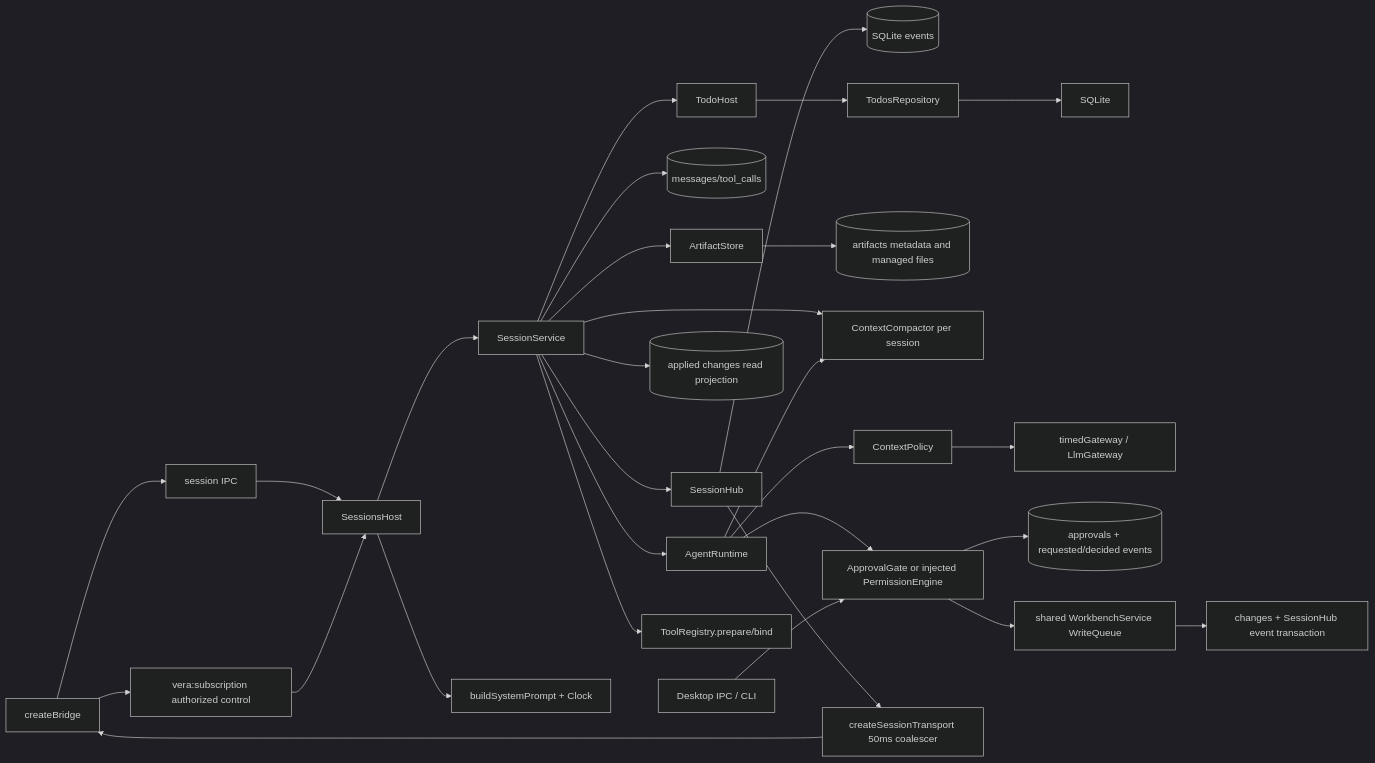
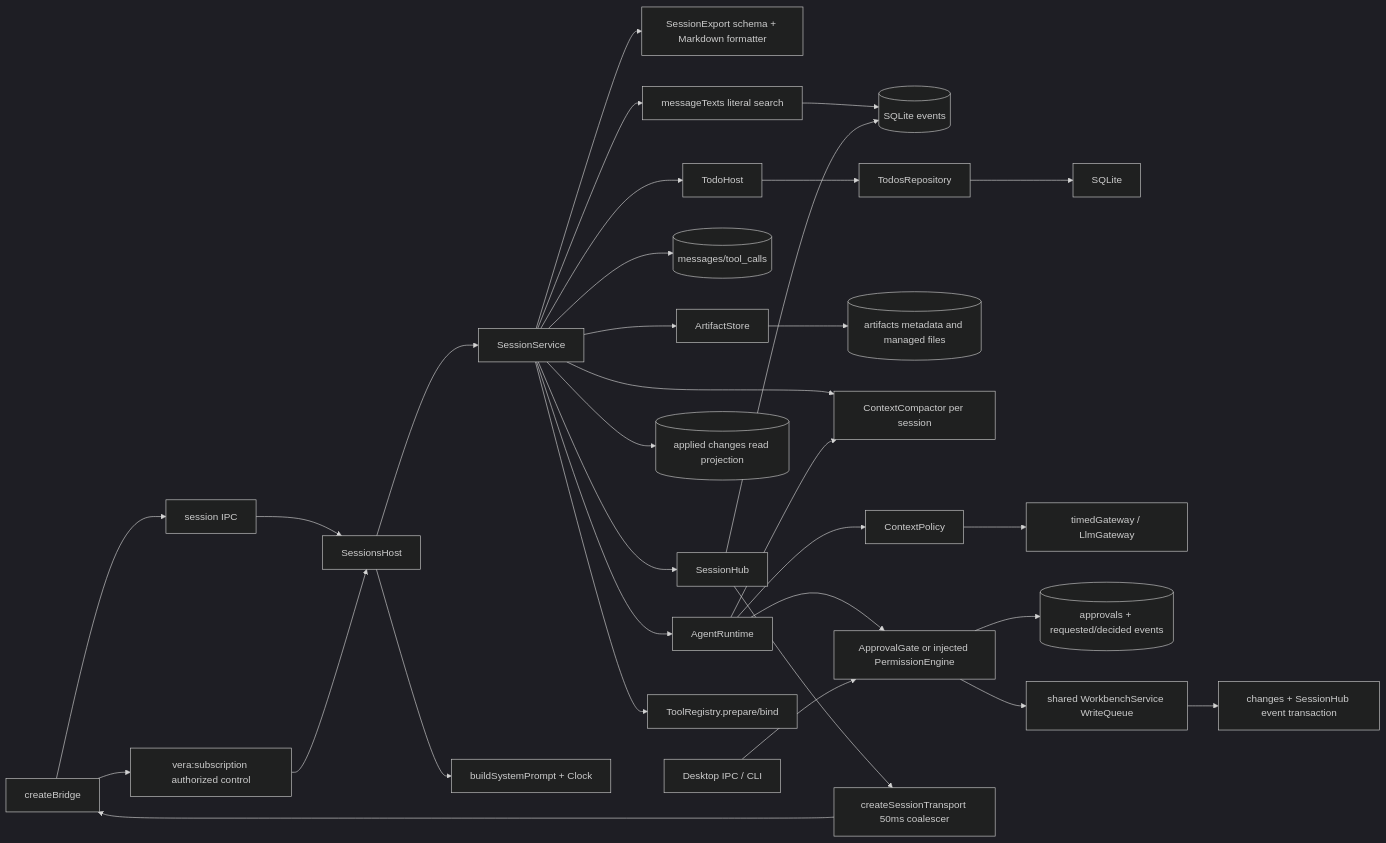
The diagram in .agentic/knowledge/sessions.md (DDP-Engineering/2026_Virtual_Embedded_Rig_Assistant), drawn with Mermaid (dark theme) before and after one commit. The commit also changed other lines of this file and 36 other files, not shown here.

First line of the commit message:
feat(sessions): implement WP-36 export and search (#36, TASK-ef7ccb15)

````diff
--- a/.agentic/knowledge/sessions.md
+++ b/.agentic/knowledge/sessions.md
@@ -61,29 +62,32 @@
 ```mermaid
 flowchart LR
  bridge[createBridge] --> control[vera:subscription authorized control]
  bridge --> invokes[session IPC]
  invokes --> host[SessionsHost]
  control --> host
  host --> service[SessionService]
+ service --> export[SessionExport schema + Markdown formatter]
+ service --> search[messageTexts literal search]
+ search --> events
  service --> hub[SessionHub]
  hub --> events[(SQLite events)]
  service --> messages[(messages/tool_calls)]
  service --> TodoHost --> TodosRepository --> SQLite
  service --> ArtifactStore
  ArtifactStore --> artifacts[(artifacts metadata and managed files)]
  service --> completedChanges[(applied changes read projection)]
  service --> compactor[ContextCompactor per session]
  service --> runtime[AgentRuntime]
  runtime --> compactor
  runtime --> policy[ContextPolicy]
  policy --> gateway[timedGateway / LlmGateway]
  runtime --> permission[ApprovalGate or injected PermissionEngine]
  permission --> approval[(approvals + requested/decided events)]
  decision[Desktop IPC / CLI] --> permission
  permission --> queue[shared WorkbenchService WriteQueue]
  queue --> changes[changes + SessionHub event transaction]
  service --> registry[ToolRegistry.prepare/bind]
  hub --> transport[createSessionTransport 50ms coalescer]
  transport --> bridge
  host --> prompt[buildSystemPrompt + Clock]
 ```
````
